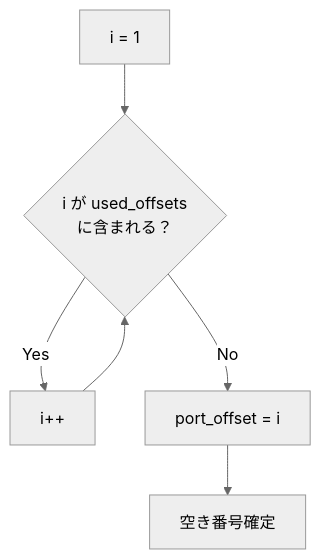
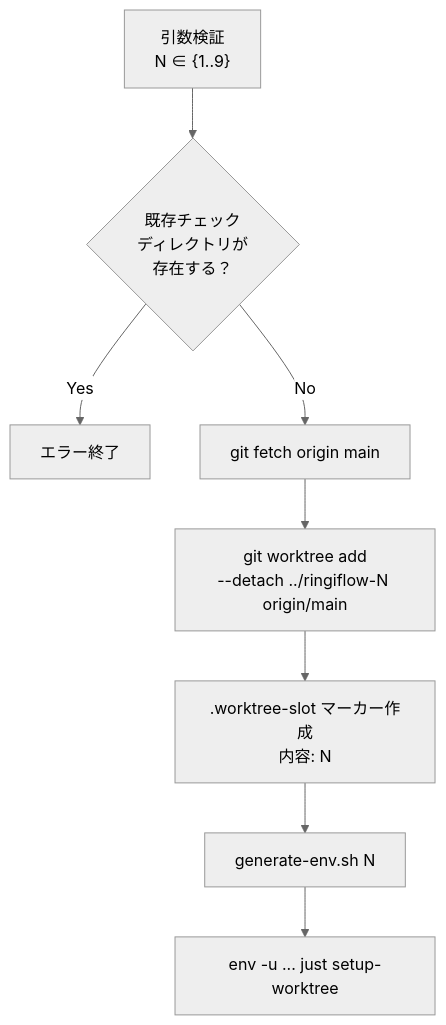
The second of 7 diagrams in docs/07_実装解説/03_並行開発環境/02_並行開発環境_コード解説.md (ka2kama/ringiflow), drawn with Mermaid (neutral theme) before and after one commit. The commit also changed other lines of this file and 14 other files, not shown here.

First line of the commit message:
#625 Change worktree to persistent slot model (#639)

````diff
--- a/docs/07_実装解説/03_並行開発環境/02_並行開発環境_コード解説.md
+++ b/docs/07_実装解説/03_並行開発環境/02_並行開発環境_コード解説.md
@@ -66,8 +34,10 @@
 ```mermaid
 flowchart TB
-    Start["i = 1"] --> Check{"i が used_offsets<br/>に含まれる？"}
-    Check -->|Yes| Next["i++"]
-    Next --> Check
-    Check -->|No| Found["port_offset = i"]
-    Found --> Done["空き番号確定"]
+    Validate["引数検証<br/>N ∈ {1..9}"] --> Exist{"既存チェック<br/>ディレクトリが<br/>存在する？"}
+    Exist -->|Yes| Error["エラー終了"]
+    Exist -->|No| Fetch["git fetch origin main"]
+    Fetch --> Add["git worktree add<br/>--detach ../ringiflow-N origin/main"]
+    Add --> Marker[".worktree-slot マーカー作成<br/>内容: N"]
+    Marker --> Env["generate-env.sh N"]
+    Env --> Setup["env -u ... just setup-worktree"]
 ```
````
